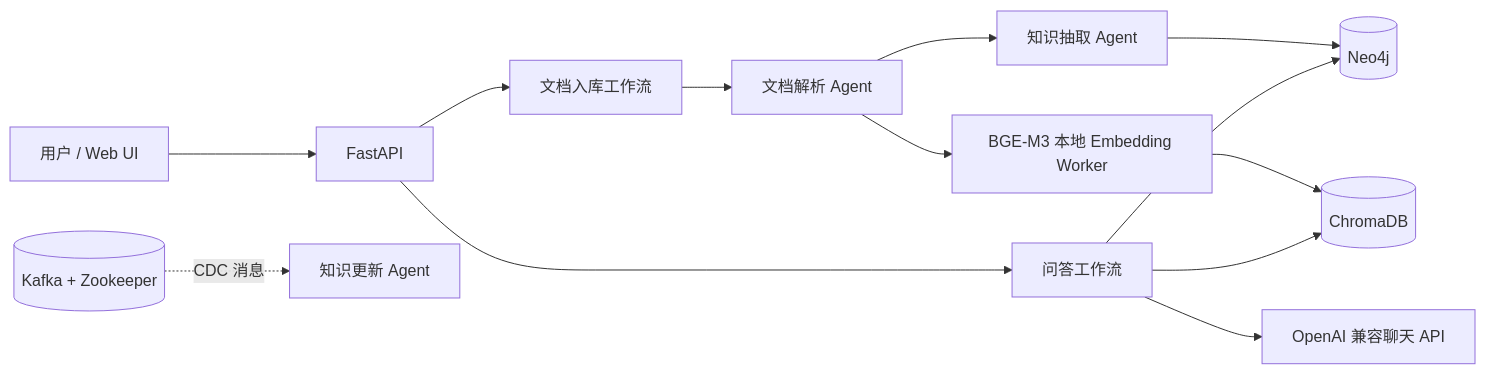
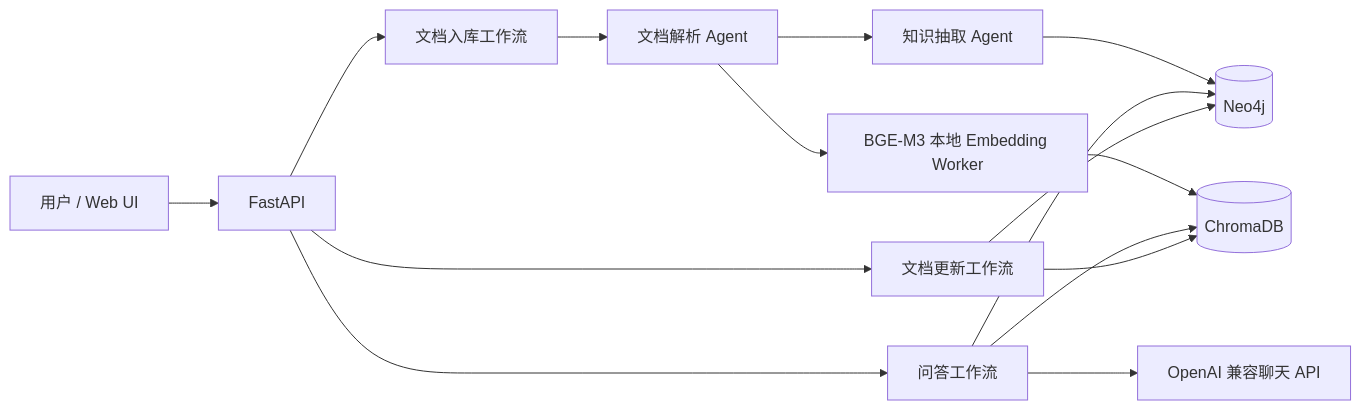
The diagram in README.md (Huangbingshuai/com_agent_chat), drawn with Mermaid before and after one commit. The commit also changed other lines of this file and 1 other file, not shown here.

````diff
--- a/README.md
+++ b/README.md
@@ -15,15 +30,17 @@
 ```mermaid
 flowchart LR
     User[用户 / Web UI] --> API[FastAPI]
     API --> Ingest[文档入库工作流]
     Ingest --> Parse[文档解析 Agent]
     Parse --> Extract[知识抽取 Agent]
     Extract --> Neo[(Neo4j)]
     Parse --> Embed[BGE-M3 本地 Embedding Worker]
     Embed --> Chroma[(ChromaDB)]
     API --> QA[问答工作流]
     QA --> Chroma
     QA --> Neo
     QA --> LLM[OpenAI 兼容聊天 API]
-    Kafka[(Kafka + Zookeeper)] -. CDC 消息 .-> Update[知识更新 Agent]
+    API --> Update[文档更新工作流]
+    Update --> Chroma
+    Update --> Neo
 ```
````
